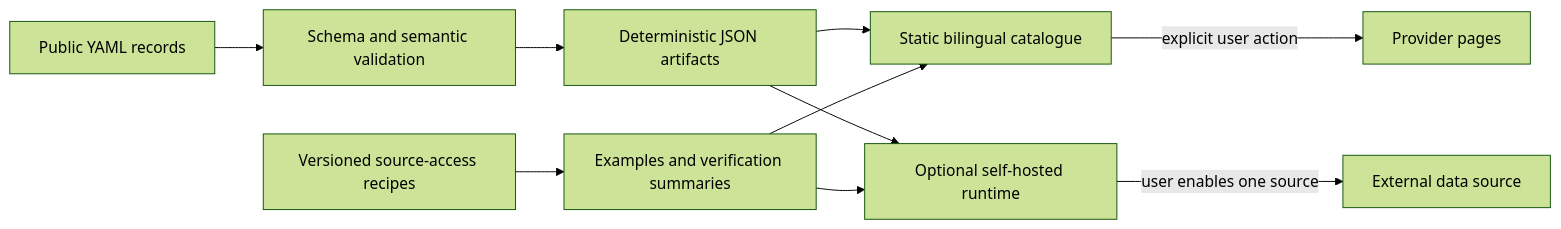
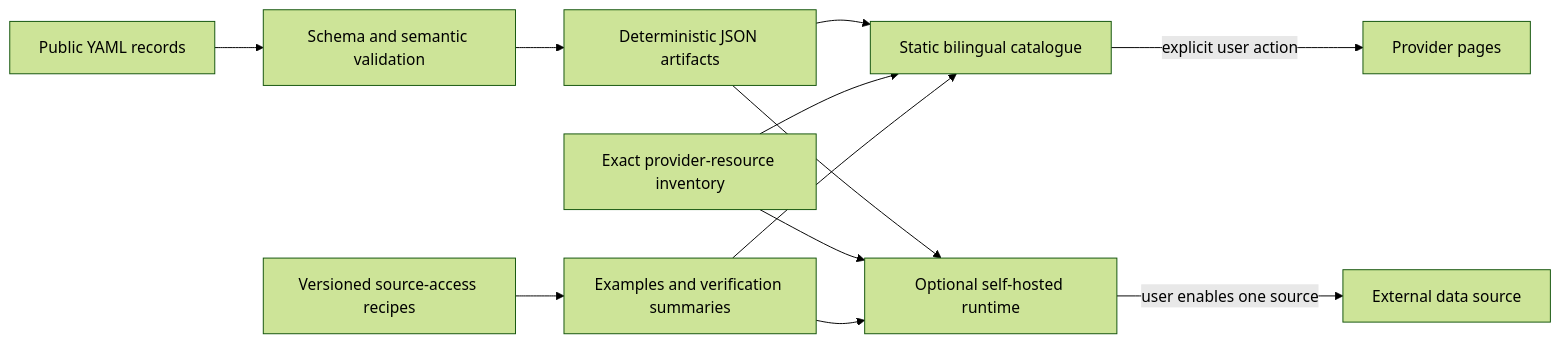
The diagram in docs/architecture/OVERVIEW.md (angusf777/hk-open-data), drawn with Mermaid (forest theme) before and after one commit. The commit also changed other lines of this file and 29 other files, not shown here.

Commit message:
feat(catalogue): add provider resource browser

````diff
--- a/docs/architecture/OVERVIEW.md
+++ b/docs/architecture/OVERVIEW.md
@@ -7,12 +7,14 @@
 ```mermaid
 flowchart LR
     Y[Public YAML records] --> V[Schema and semantic validation]
     V --> J[Deterministic JSON artifacts]
     J --> S[Static bilingual catalogue]
     J --> R[Optional self-hosted runtime]
     A[Versioned source-access recipes] --> G[Examples and verification summaries]
+    I[Exact provider-resource inventory] --> S
+    I --> R
     G --> S
     G --> R
     S -->|explicit user action| U[Provider pages]
     R -->|user enables one source| P[External data source]
 ```
````
